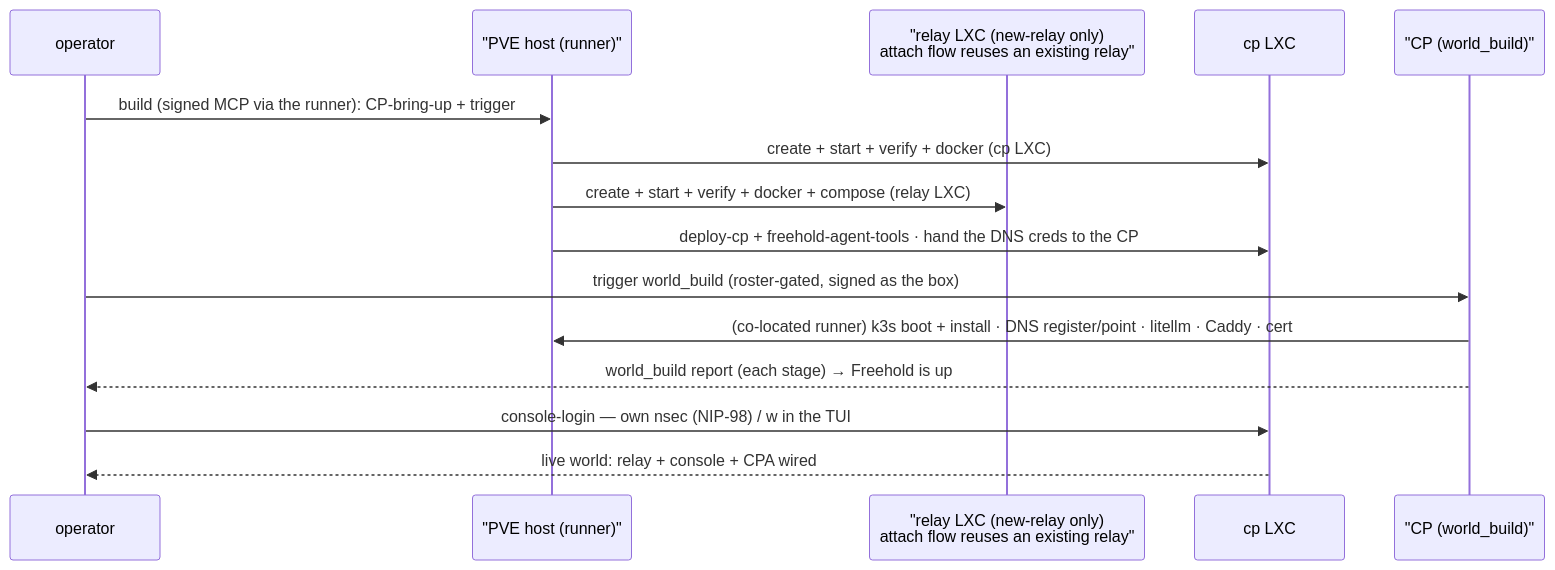
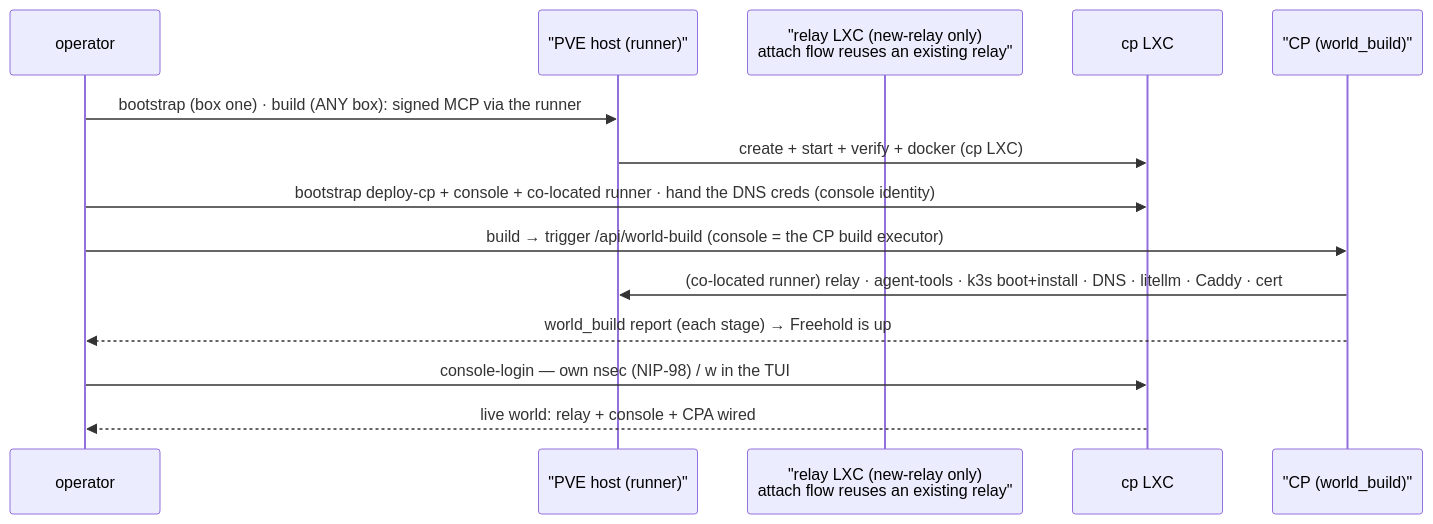
One commit to darcy/freehold changed the first of 3 diagrams in README.md. Above: the diagram before and after it, drawn with Mermaid. The commit also changed other lines of this file and 11 other files, not shown here.

````diff
--- a/README.md
+++ b/README.md
@@ -475,18 +477,17 @@
 ```mermaid
 sequenceDiagram
     participant OP as operator
     participant PVE as "PVE host (runner)"
     participant R as "relay LXC (new-relay only)<br/>attach flow reuses an existing relay"
     participant C as cp LXC
     participant CP as "CP (world_build)"
 
-    OP->>PVE: build (signed MCP via the runner): CP-bring-up + trigger
+    OP->>PVE: bootstrap (box one) · build (ANY box): signed MCP via the runner
     PVE->>C: create + start + verify + docker (cp LXC)
-    PVE->>R: create + start + verify + docker + compose (relay LXC)
-    PVE->>C: deploy-cp + freehold-agent-tools · hand the DNS creds to the CP
-    OP->>CP: trigger world_build (roster-gated, signed as the box)
-    CP->>PVE: (co-located runner) k3s boot + install · DNS register/point · litellm · Caddy · cert
+    OP->>C: bootstrap deploy-cp + console + co-located runner · hand the DNS creds (console identity)
+    OP->>CP: build → trigger /api/world-build (console = the CP build executor)
+    CP->>PVE: (co-located runner) relay · agent-tools · k3s boot+install · DNS · litellm · Caddy · cert
     CP-->>OP: world_build report (each stage) → Freehold is up
     OP->>C: console-login — own nsec (NIP-98) / w in the TUI
     C-->>OP: live world: relay + console + CPA wired
 ```
````
